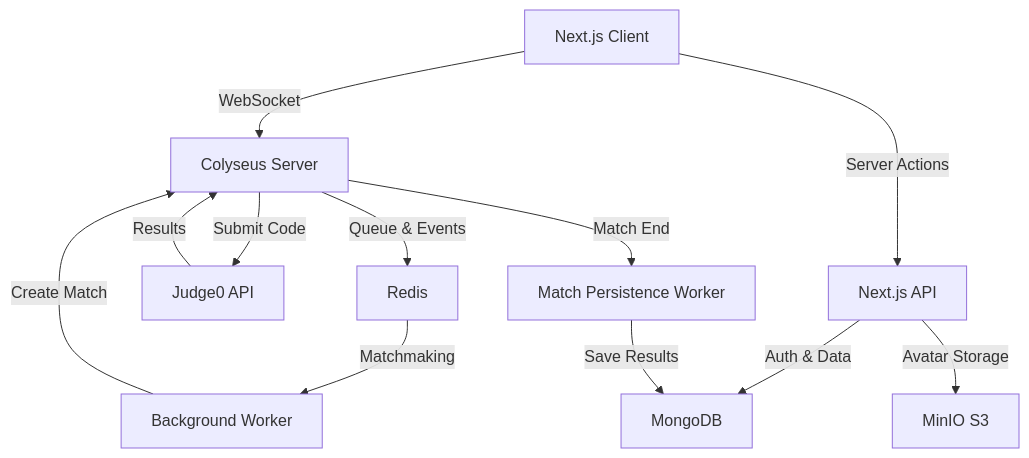
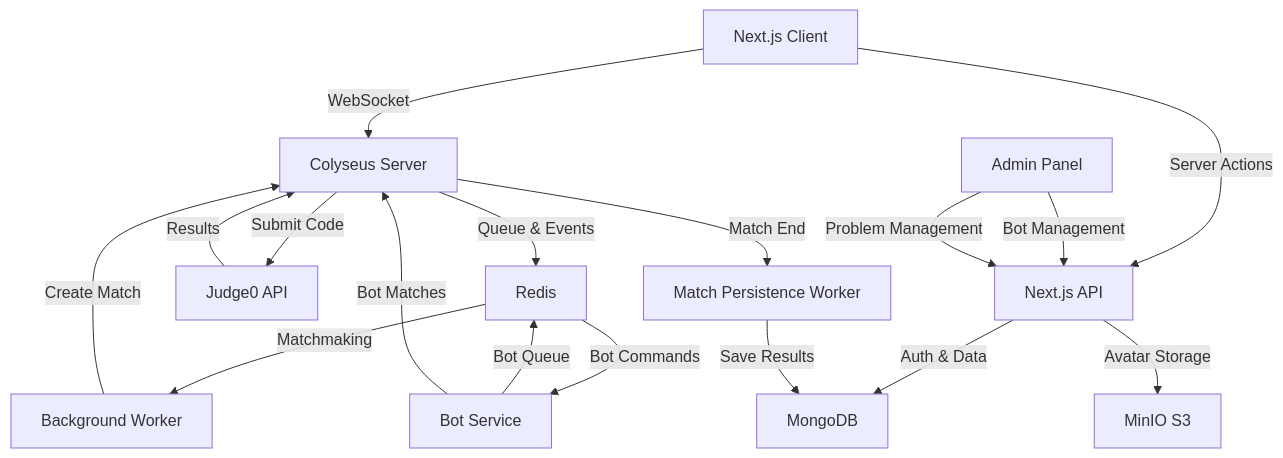
The first of 3 diagrams in README.md (rishabhvenu/LeetBattle), drawn with Mermaid before and after one commit. The commit also changed other lines of this file and 63 other files, not shown here.

First line of the commit message:
feat: Add comprehensive bot service and admin panel features

````diff
--- a/README.md
+++ b/README.md
@@ -46,14 +49,19 @@
 ```mermaid
 graph TD
     A[Next.js Client] -->|WebSocket| B[Colyseus Server]
     A -->|Server Actions| C[Next.js API]
     C -->|Auth & Data| D[MongoDB]
     B -->|Submit Code| E[Judge0 API]
     B -->|Queue & Events| F[Redis]
     C -->|Avatar Storage| G[MinIO S3]
     E -->|Results| B
     B -->|Match End| H[Match Persistence Worker]
     H -->|Save Results| D
     F -->|Matchmaking| I[Background Worker]
     I -->|Create Match| B
+    J[Bot Service] -->|Bot Queue| F
+    J -->|Bot Matches| B
+    F -->|Bot Commands| J
+    K[Admin Panel] -->|Bot Management| C
+    K -->|Problem Management| C
 ```
````
